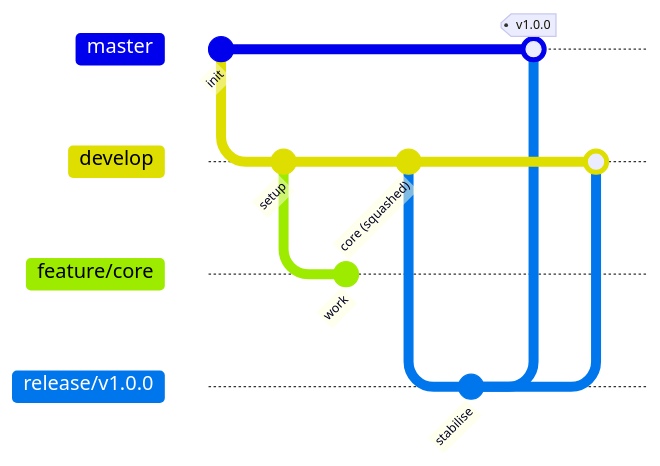
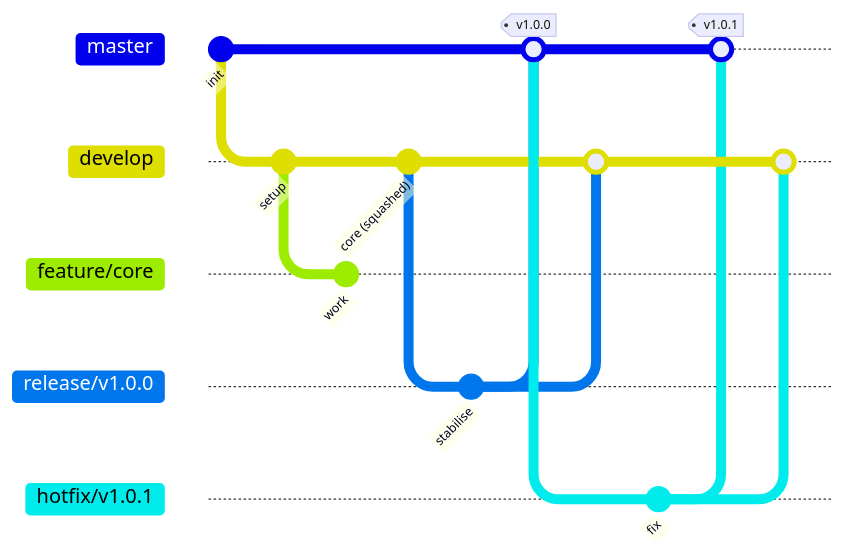
Before and after one commit to NinjaMonkeyGames/gamemaker-project-template: the diagram in CONTRIBUTING.md, drawn with Mermaid. The commit also changed other lines of this file and 4 other files, not shown here.

````diff
--- a/CONTRIBUTING.md
+++ b/CONTRIBUTING.md
@@ -64,20 +64,28 @@
 ```mermaid
 %%{init: { 'gitGraph': { 'mainBranchName': 'master' }}}%%
 gitGraph
    commit id: "init"
    branch develop
    checkout develop
    commit id: "setup"
    branch feature/core
    checkout feature/core
    commit id: "work"
    checkout develop
    commit id: "core (squashed)"
    branch release/v1.0.0
    checkout release/v1.0.0
    commit id: "stabilise"
    checkout master
    merge release/v1.0.0 tag: "v1.0.0"
    checkout develop
    merge release/v1.0.0
+   checkout master
+   branch hotfix/v1.0.1
+   checkout hotfix/v1.0.1
+   commit id: "fix"
+   checkout master
+   merge hotfix/v1.0.1 tag: "v1.0.1"
+   checkout develop
+   merge hotfix/v1.0.1
 ```
````
